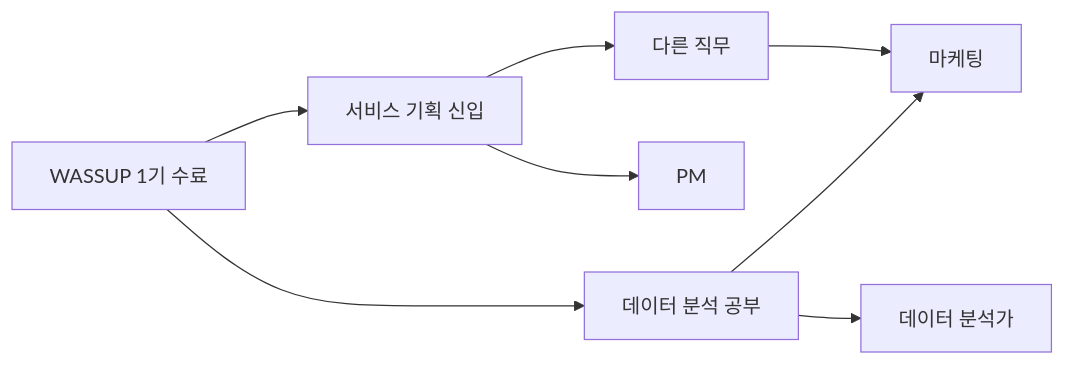
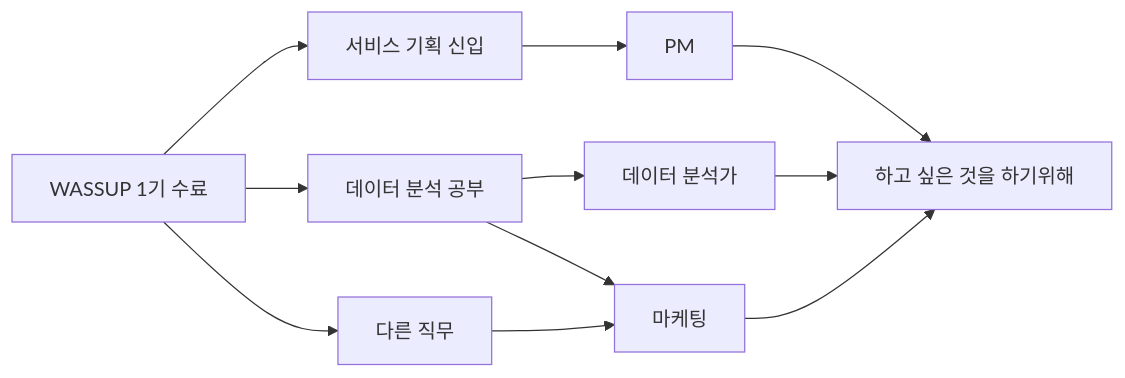
Before and after one commit to pin9u5/WASSUP: the diagram in README.md, drawn with Mermaid.

````diff
--- a/README.md
+++ b/README.md
@@ -15,10 +15,13 @@
 ```mermaid
 graph LR;
     id1[WASSUP 1기 수료]-->id2[서비스 기획 신입];
     id1[WASSUP 1기 수료]-->id3[데이터 분석 공부];
+    id1[WASSUP 1기 수료]-->id4[다른 직무];
     id2[서비스 기획 신입]-->id5[PM];
-    id2[서비스 기획 신입]-->id4[다른 직무];
     id3[데이터 분석 공부]-->id6[데이터 분석가];
     id4[다른 직무]--> id7[마케팅];
     id3[데이터 분석 공부]-->id7;
+    id5-->id8[하고 싶은 것을 하기위해];
+    id6-->id8;
+    id7-->id8;
 ```
````
